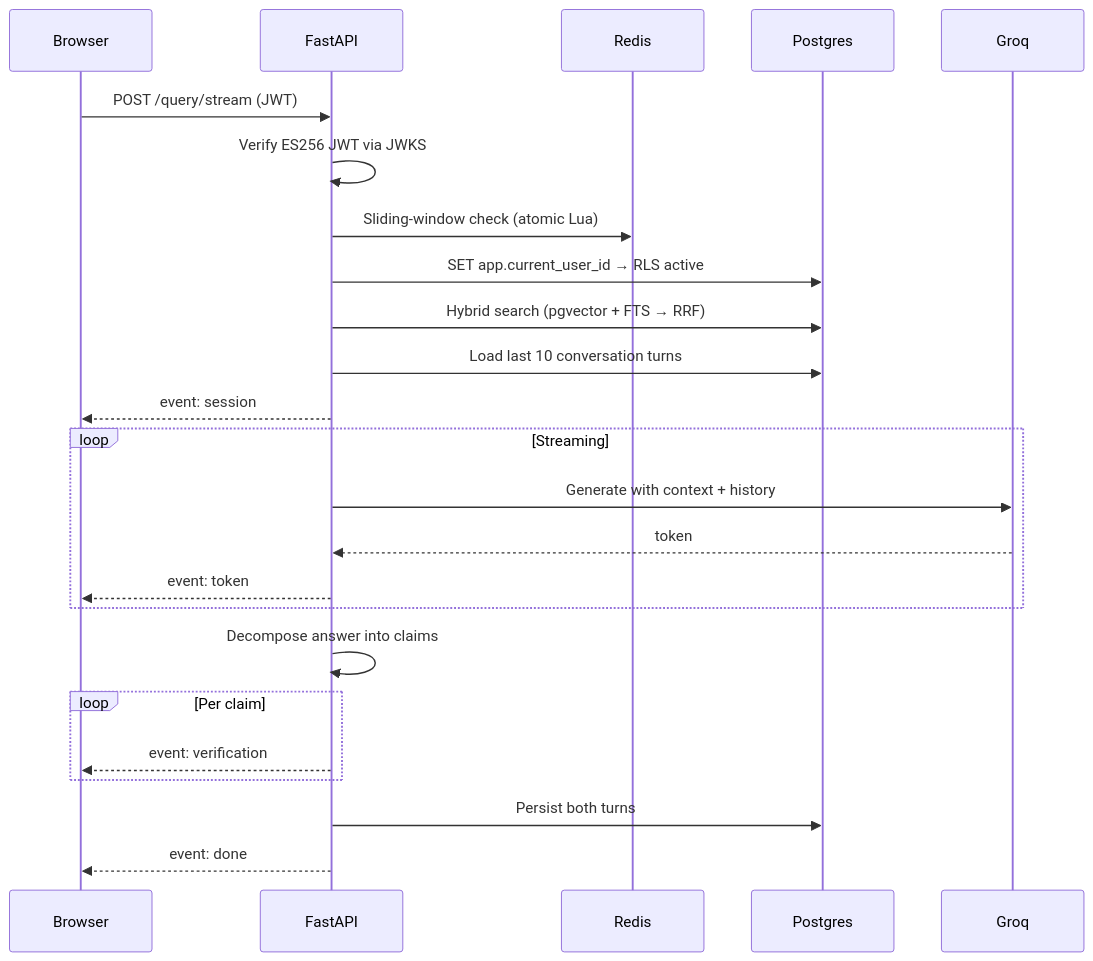
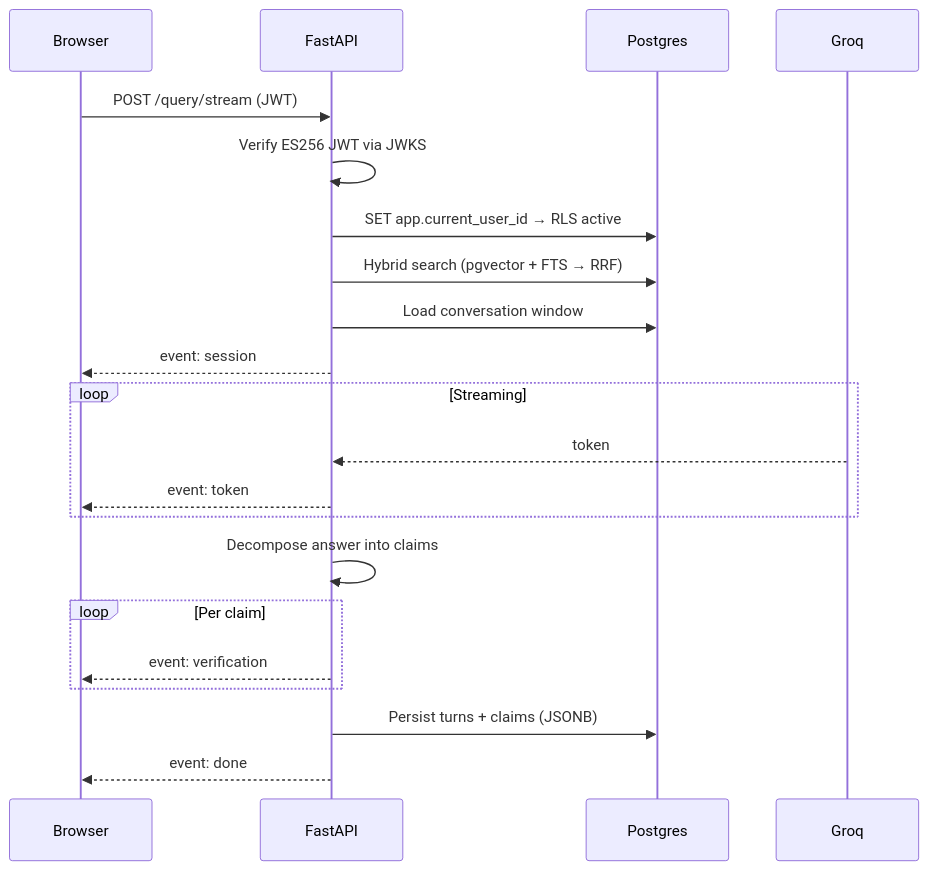
One commit to Navdeepmk1999/SourceGuard changed the second of 2 diagrams in README.md. Above: the diagram before and after it, drawn with Mermaid. The commit also changed other lines of this file and 3 other files, not shown here.

Commit message:
docs: finalize comprehensive project documentation and architecture logs

````diff
--- a/README.md
+++ b/README.md
@@ -95,27 +135,24 @@
 ```mermaid
 sequenceDiagram
     participant B as Browser
     participant A as FastAPI
-    participant R as Redis
     participant P as Postgres
     participant L as Groq
 
     B->>A: POST /query/stream (JWT)
     A->>A: Verify ES256 JWT via JWKS
-    A->>R: Sliding-window check (atomic Lua)
     A->>P: SET app.current_user_id → RLS active
     A->>P: Hybrid search (pgvector + FTS → RRF)
-    A->>P: Load last 10 conversation turns
+    A->>P: Load conversation window
     A-->>B: event: session
     loop Streaming
-        A->>L: Generate with context + history
         L-->>A: token
         A-->>B: event: token
     end
     A->>A: Decompose answer into claims
     loop Per claim
         A-->>B: event: verification
     end
-    A->>P: Persist both turns
+    A->>P: Persist turns + claims (JSONB)
     A-->>B: event: done
 ```
````
